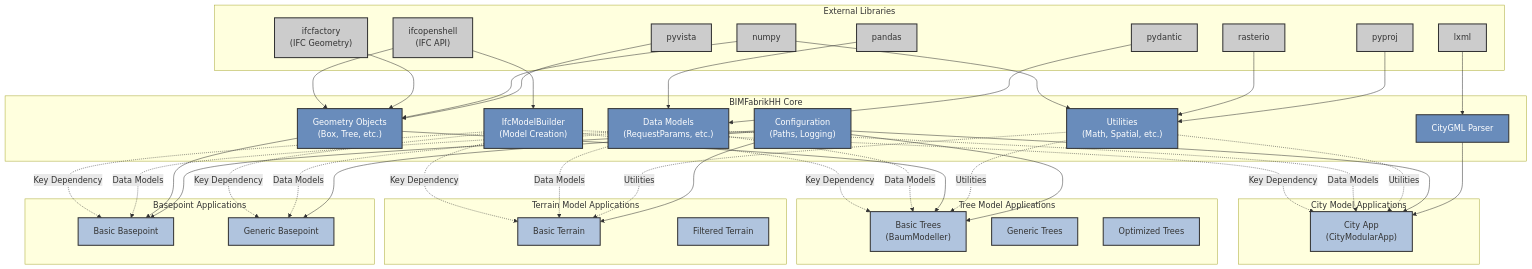
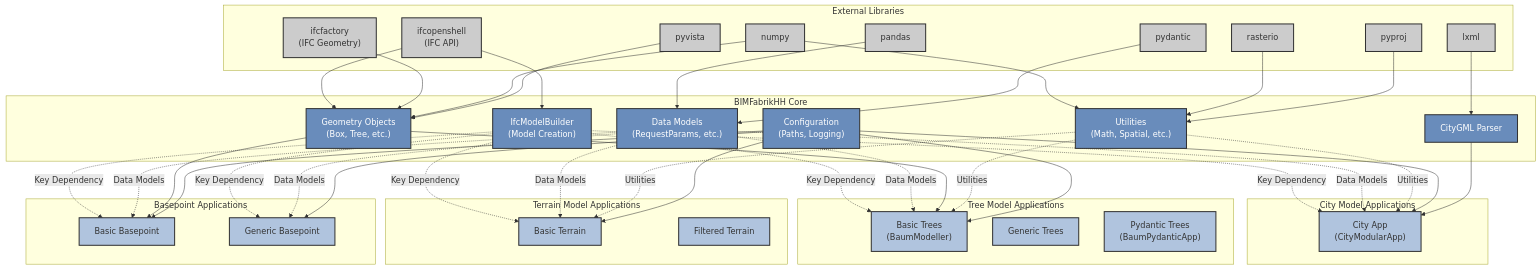
One commit to LGV-BIM-Leitstelle/BIMFabrikHH_core changed the diagram in README.md. Above: the diagram before and after it, drawn with Mermaid. The commit also changed other lines of this file and 5 other files, not shown here.

Commit message:
Refactor tree export functionality to remove optimized trees and integrate Pydantic-based tree models.

````diff
--- a/README.md
+++ b/README.md
@@ -140,7 +140,7 @@
     subgraph tree_apps ["Tree Model Applications"]
         trees_basic["Basic Trees<br/>(BaumModeller)"]
         trees_generic["Generic Trees"]
-        trees_optimised["Optimized Trees"]
+        trees_pydantic["Pydantic Trees<br/>(BaumPydanticApp)"]
     end
     
     subgraph terrain_apps ["Terrain Model Applications"]
@@ -206,5 +206,5 @@
     
     class ifcopenshell,ifcfactory,numpy,pandas,pydantic,pyvista,rasterio,pyproj,lxml externalStyle
     class ifc_modelbuilder,geometry,data_models,utils,city_parser,config coreStyle
-    class city_app,trees_basic,trees_generic,trees_optimised,terrain_basic,terrain_filtered,basepoint_basic,basepoint_generic appStyle
+    class city_app,trees_basic,trees_generic,trees_pydantic,terrain_basic,terrain_filtered,basepoint_basic,basepoint_generic appStyle
 ```
````
